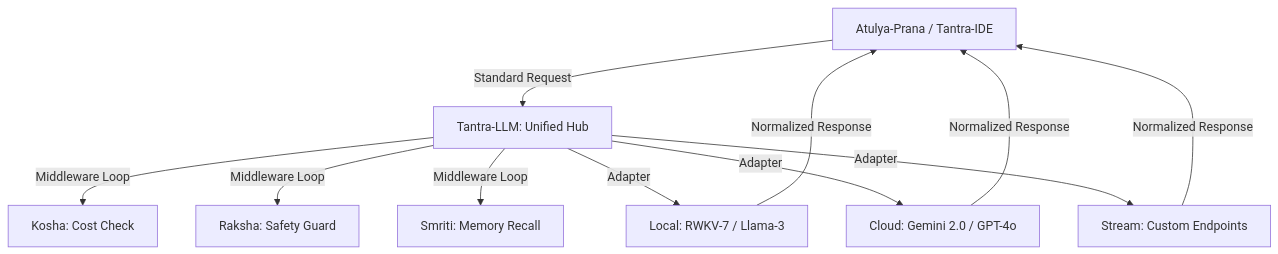
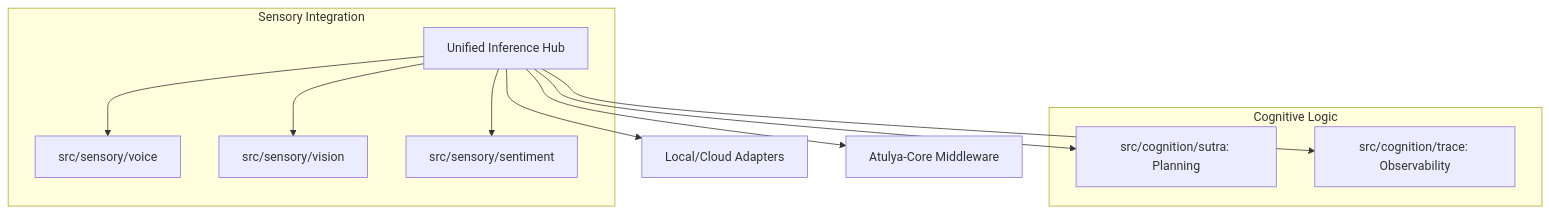
One commit to atulyaai/Tantra-LLM changed the diagram in README.md. Above: the diagram before and after it, drawn with Mermaid. The commit also changed other lines of this file and 73 other files, not shown here.

````diff
--- a/README.md
+++ b/README.md
@@ -41,13 +7,17 @@
 ```mermaid
 graph TD
-    Client[Atulya-Prana / Tantra-IDE] -->|Standard Request| Hub[Tantra-LLM: Unified Hub]
-    Hub -->|Middleware Loop| M1[Kosha: Cost Check]
-    Hub -->|Middleware Loop| M2[Raksha: Safety Guard]
-    Hub -->|Middleware Loop| M3[Smriti: Memory Recall]
+    Hub[Unified Inference Hub] --> Adapters[Local/Cloud Adapters]
     
-    Hub -->|Adapter| A1[Local: RWKV-7 / Llama-3]
-    Hub -->|Adapter| A2[Cloud: Gemini 2.0 / GPT-4o]
-    Hub -->|Adapter| A3[Stream: Custom Endpoints]
+    subgraph "Sensory Integration"
+        Hub --> Voice[src/sensory/voice]
+        Hub --> Vision[src/sensory/vision]
+        Hub --> Sentiment[src/sensory/sentiment]
+    end
+
+    subgraph "Cognitive Logic"
+        Hub --> Sutra[src/cognition/sutra: Planning]
+        Hub --> Trace[src/cognition/trace: Observability]
+    end
     
-    A1 & A2 & A3 -->|Normalized Response| Client
+    Hub --> Middleware[Atulya-Core Middleware]
 ```
````
